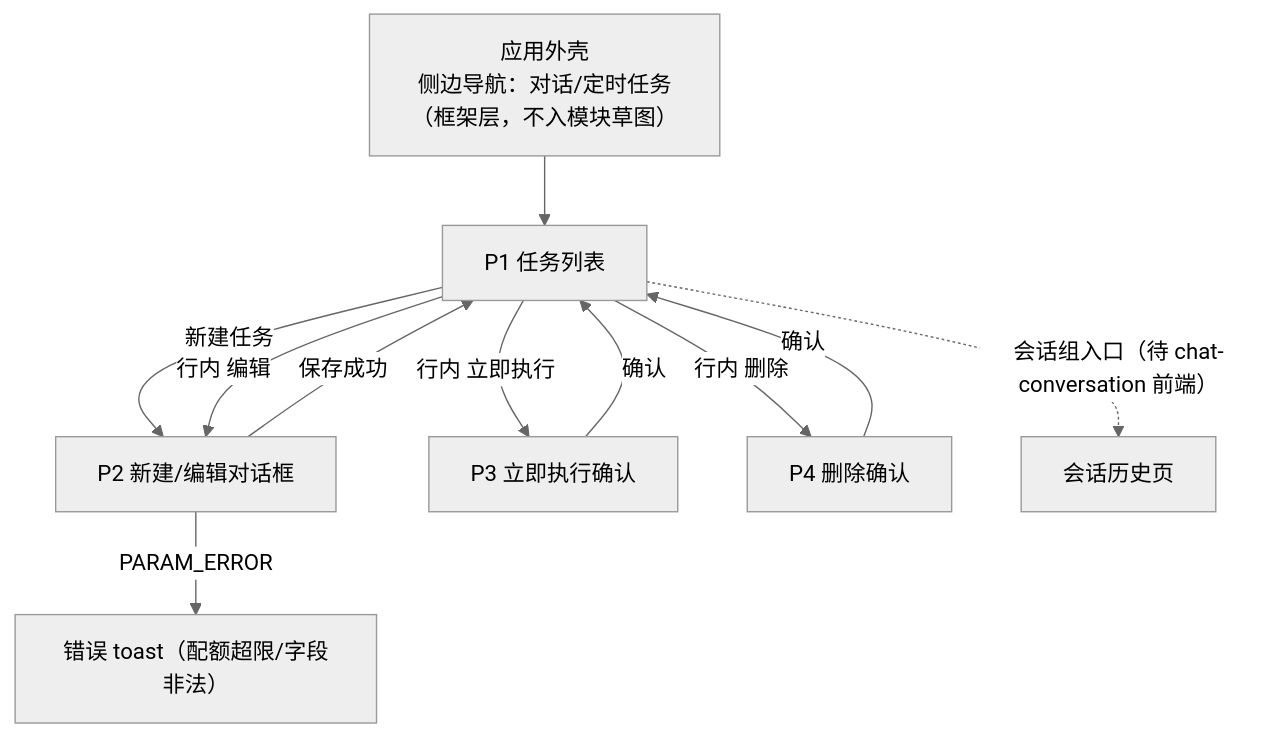
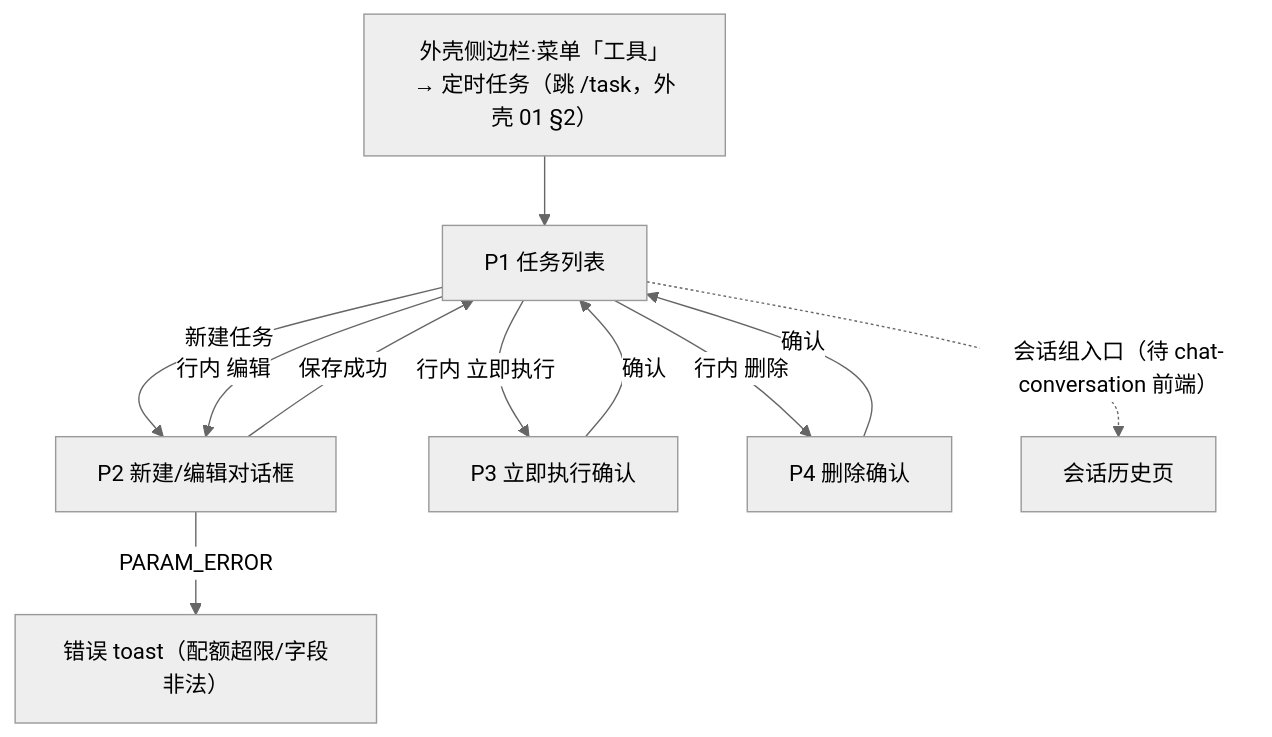
Before and after one commit to ChiYouIc/ehub-ai-workbench-prd: the diagram in designs/scheduled-task/scheduled-task-ia.md, drawn with Mermaid (neutral theme). The commit also changed other lines of this file and 13 other files, not shown here.

````diff
--- a/designs/scheduled-task/scheduled-task-ia.md
+++ b/designs/scheduled-task/scheduled-task-ia.md
@@ -122,13 +122,13 @@
 ```mermaid
 flowchart TD
-    APP[应用外壳<br/>侧边导航：对话/定时任务<br/>（框架层，不入模块草图）] --> P1[P1 任务列表]
+    APP[外壳侧边栏·菜单「工具」<br/>→ 定时任务（跳 /task，外壳 01 §2）] --> P1[P1 任务列表]
     P1 -->|新建任务| P2[P2 新建/编辑对话框]
     P1 -->|行内 编辑| P2
     P1 -->|行内 立即执行| P3[P3 立即执行确认]
     P1 -->|行内 删除| P4[P4 删除确认]
     P2 -->|保存成功| P1
     P2 -->|PARAM_ERROR| TOAST[错误 toast（配额超限/字段非法）]
     P3 -->|确认| P1
     P4 -->|确认| P1
     P1 -.会话组入口（待 chat-conversation 前端）.-> CONV[会话历史页]
 ```
````
